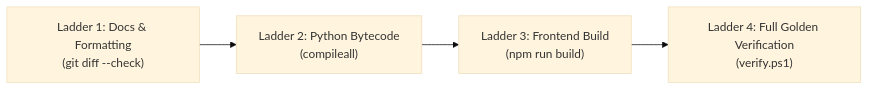
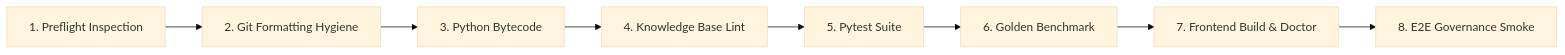
Before and after one commit to OPluke11-abula/LLM-Agent-System: the diagram in docs/obsidian/50 Verification Matrix & Quality Receipt Ledger.md, drawn with Mermaid (base theme). The commit also changed other lines of this file and 75 other files, not shown here.

````diff
--- a/docs/obsidian/50 Verification Matrix & Quality Receipt Ledger.md
+++ b/docs/obsidian/50 Verification Matrix & Quality Receipt Ledger.md
@@ -35,6 +35,10 @@
 ```mermaid
 graph LR
-    L1["Ladder 1: Docs & Formatting<br/>(git diff --check)"] --> L2["Ladder 2: Python Bytecode<br/>(compileall)"]
-    L2 --> L3["Ladder 3: Frontend Build<br/>(npm run build)"]
-    L3 --> L4["Ladder 4: Full Golden Verification<br/>(verify.ps1)"]
+    L1["1. Preflight Inspection"] --> L2["2. Git Formatting Hygiene"]
+    L2 --> L3["3. Python Bytecode"]
+    L3 --> L4["4. Knowledge Base Lint"]
+    L4 --> L5["5. Pytest Suite"]
+    L5 --> L6["6. Golden Benchmark"]
+    L6 --> L7["7. Frontend Build & Doctor"]
+    L7 --> L8["8. E2E Governance Smoke"]
 ```
````
